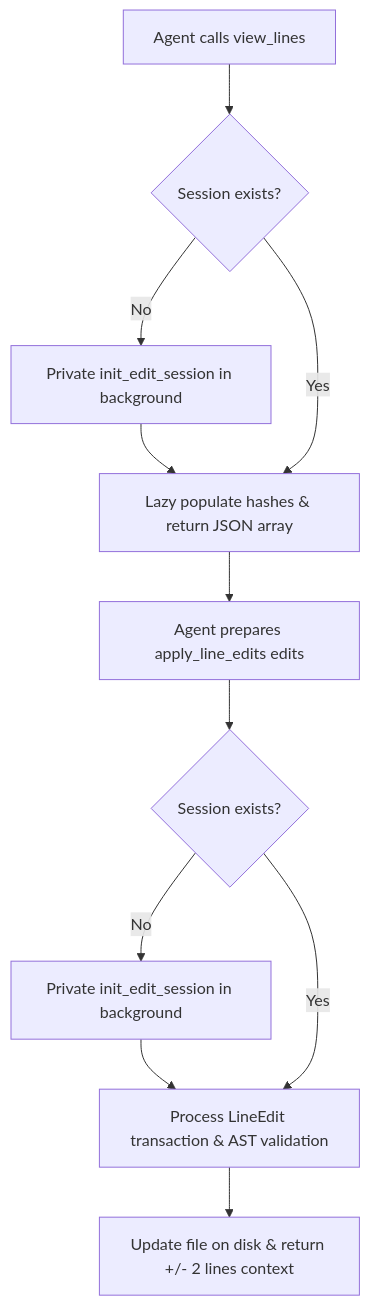
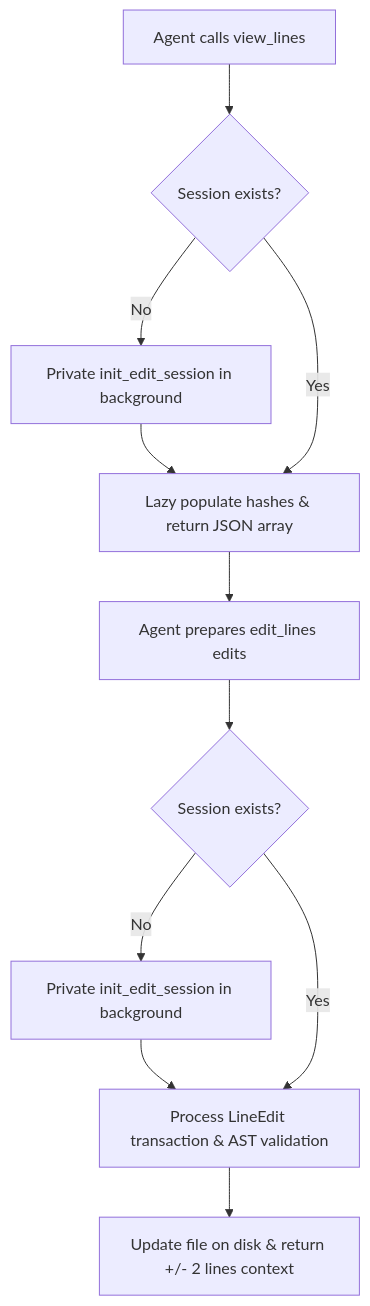
Before and after one commit to zaeku/ast-editor: the diagram in docs/superpowers/specs/2026-07-09-ast-editor-simplification-design.md, drawn with Mermaid. The commit also changed other lines of this file and 2 other files, not shown here.

Commit message:
docs: rename apply_line_edits to edit_lines in design spec

````diff
--- a/docs/superpowers/specs/2026-07-09-ast-editor-simplification-design.md
+++ b/docs/superpowers/specs/2026-07-09-ast-editor-simplification-design.md
@@ -40,13 +43,13 @@
 ```mermaid
 graph TD
     A[Agent calls view_lines] --> B{Session exists?}
     B -- No --> C[Private init_edit_session in background]
     C --> D[Lazy populate hashes & return JSON array]
     B -- Yes --> D
-    D --> E[Agent prepares apply_line_edits edits]
+    D --> E[Agent prepares edit_lines edits]
     E --> F{Session exists?}
     F -- No --> G[Private init_edit_session in background]
     G --> H[Process LineEdit transaction & AST validation]
     F -- Yes --> H
     H --> I[Update file on disk & return +/- 2 lines context]
 ```
````
